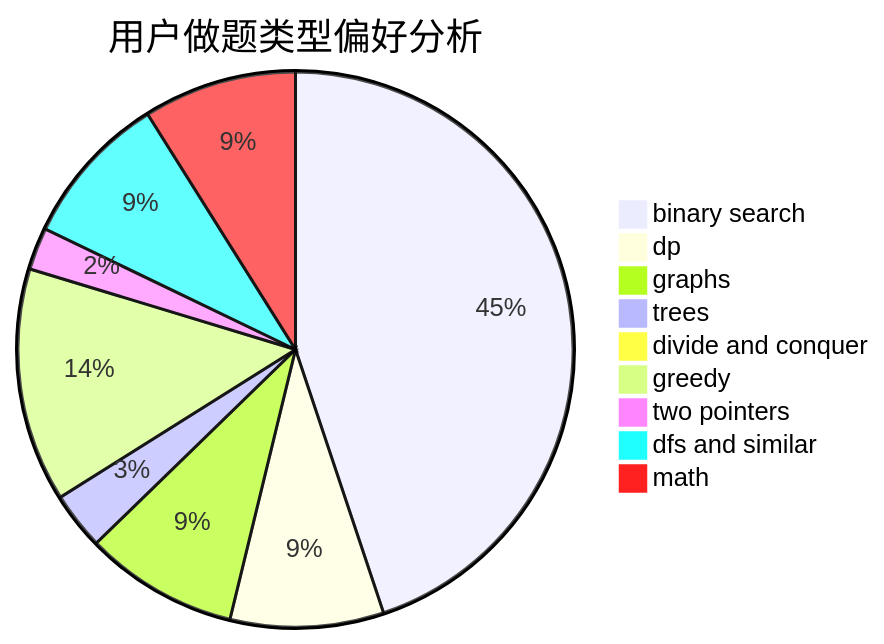
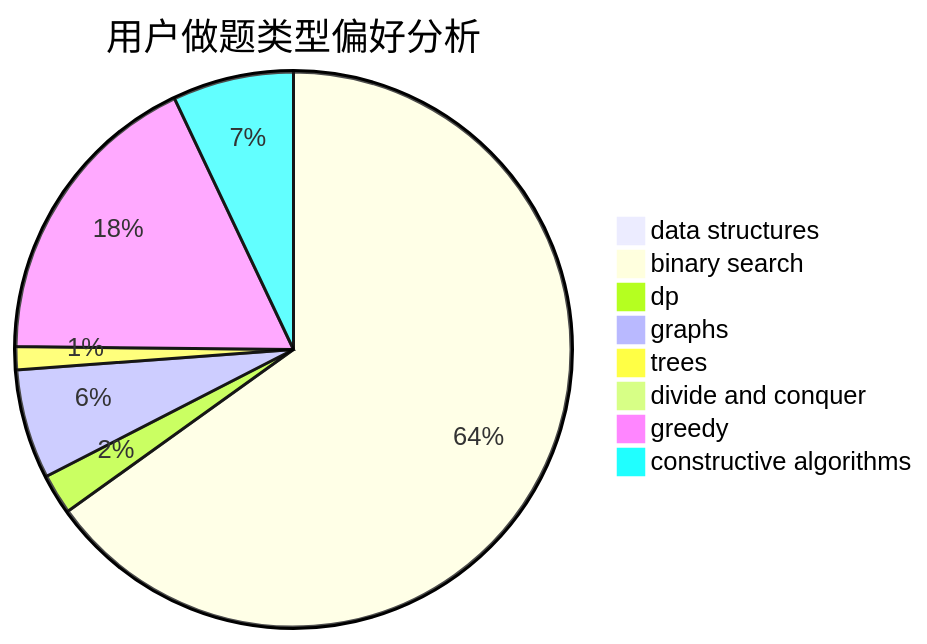
The second of 3 diagrams in docs/user/u1851.md (sherpahu/cfrs.github.io), drawn with Mermaid before and after one commit. The commit also changed other lines of this file and 2775 other files, not shown here.

````diff
--- a/docs/user/u1851.md
+++ b/docs/user/u1851.md
@@ -23,12 +23,11 @@
 ```mermaid
 pie title 用户做题类型偏好分析
-    "binary search" :  201
-    "dp" :  40
-    "graphs" :  40
-    "trees" :  15
-    "divide and conquer" :  2
-    "greedy" :  61
-    "two pointers" :  11
-    "dfs and similar" :  40
-    "math" :  40
+    "data structures" :  3
+    "binary search" :  194
+    "dp" :  7
+    "graphs" :  19
+    "trees" :  4
+    "divide and conquer" :  0
+    "greedy" :  53
+    "constructive algorithms" :  21
 ```
````
